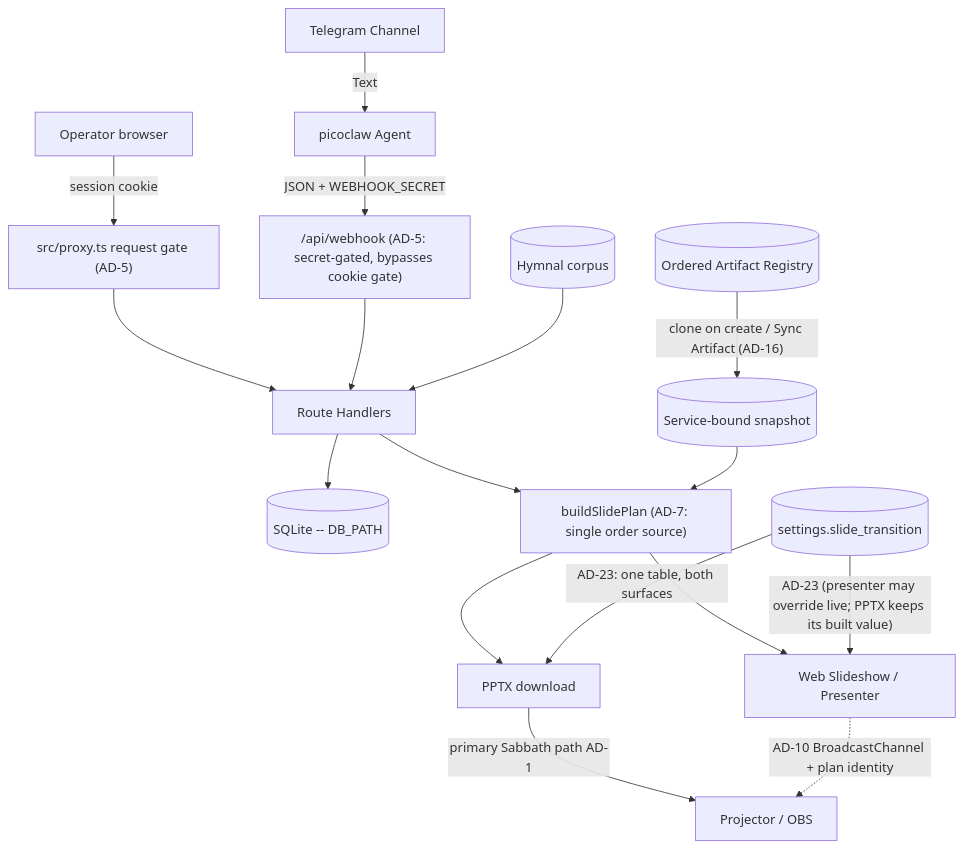
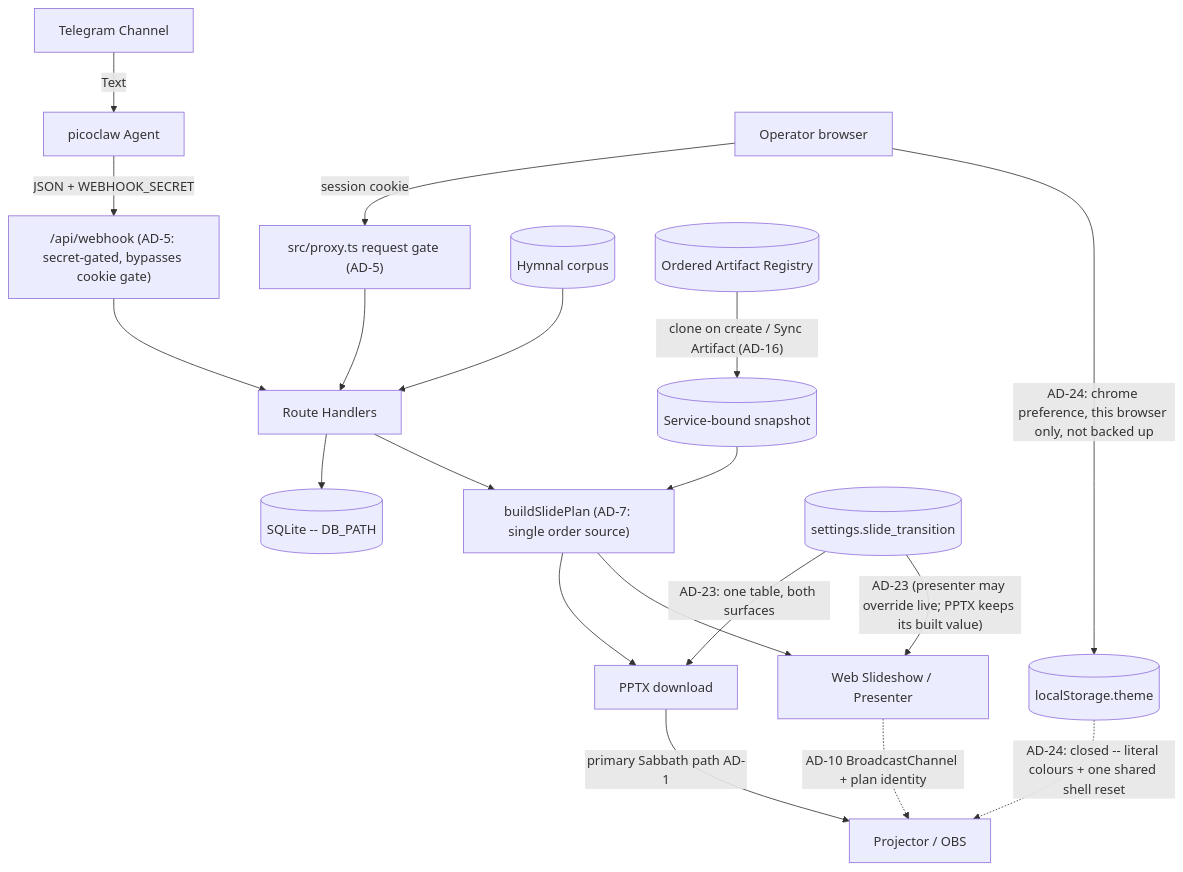
The first of 2 diagrams in _bmad-output/planning-artifacts/architecture/architecture-bic-pptx-workflow-2026-07-10/ARCHITECTURE-SPINE.md (kodesh87/worship-presenter-web), drawn with Mermaid before and after one commit. The commit also changed other lines of this file and 24 other files, not shown here.

````diff
--- a/_bmad-output/planning-artifacts/architecture/architecture-bic-pptx-workflow-2026-07-10/ARCHITECTURE-SPINE.md
+++ b/_bmad-output/planning-artifacts/architecture/architecture-bic-pptx-workflow-2026-07-10/ARCHITECTURE-SPINE.md
@@ -242,19 +257,21 @@
 ```mermaid
 graph TD
     Telegram[Telegram Channel] -->|Text| Picoclaw[picoclaw Agent]
     Picoclaw -->|JSON + WEBHOOK_SECRET| Webhook["/api/webhook (AD-5: secret-gated, bypasses cookie gate)"]
     Operator[Operator browser] -->|session cookie| Gate["src/proxy.ts request gate (AD-5)"]
     Gate --> API[Route Handlers]
     Webhook --> API
     API --> DB[(SQLite -- DB_PATH)]
     Hymnal[(Hymnal corpus)] --> API
     API --> Plan["buildSlidePlan (AD-7: single order source)"]
     Registry[(Ordered Artifact Registry)] -->|"clone on create / Sync Artifact (AD-16)"| Snap[(Service-bound snapshot)]
     Snap --> Plan
     Plan --> PPTX[PPTX download]
     Plan --> WebShow[Web Slideshow / Presenter]
     Settings[(settings.slide_transition)] -->|"AD-23: one table, both surfaces"| PPTX
     Settings -->|"AD-23 (presenter may override live; PPTX keeps its built value)"| WebShow
     PPTX -->|primary Sabbath path AD-1| Projector[Projector / OBS]
     WebShow -.->|"AD-10 BroadcastChannel + plan identity"| Projector
+    Operator -->|"AD-24: chrome preference, this browser only, not backed up"| Theme[("localStorage.theme")]
+    Theme -.->|"AD-24: closed -- literal colours + one shared shell reset"| Projector
 ```
````
